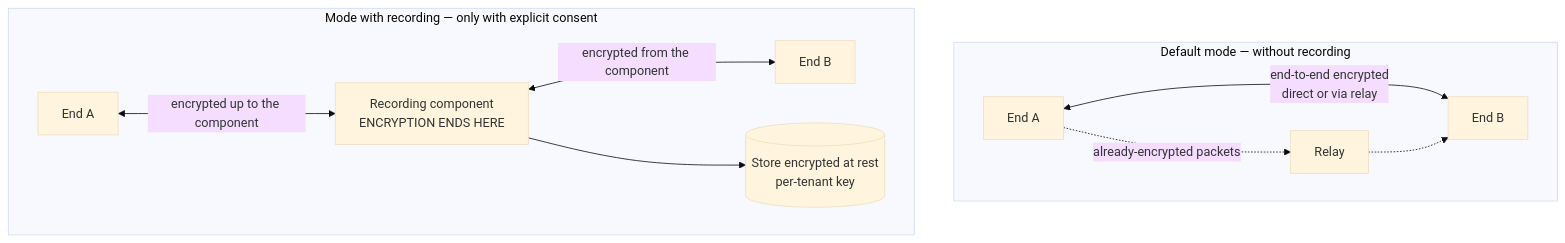
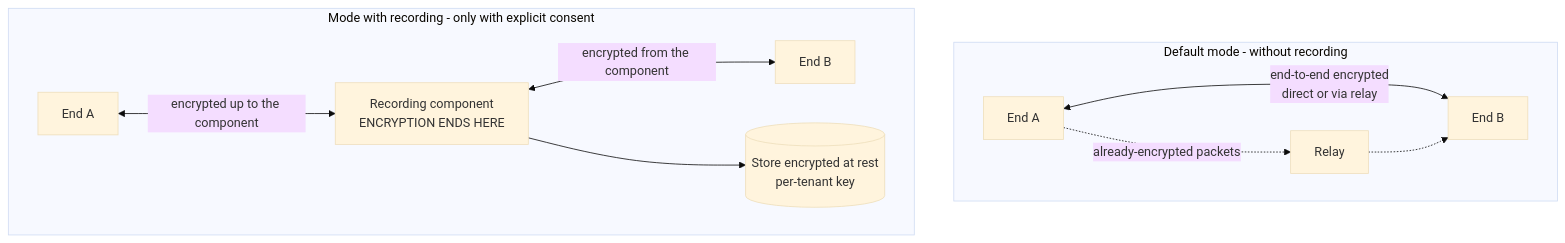
Before and after one commit to fedcal/Telemedic: the diagram in website/i18n/en/docusaurus-plugin-content-docs/current/06_security/05-sicurezza-del-tempo-reale.md, drawn with Mermaid (base theme). The commit also changed other lines of this file and 301 other files, not shown here.

````diff
--- a/website/i18n/en/docusaurus-plugin-content-docs/current/06_security/05-sicurezza-del-tempo-reale.md
+++ b/website/i18n/en/docusaurus-plugin-content-docs/current/06_security/05-sicurezza-del-tempo-reale.md
@@ -266,14 +266,14 @@
 ```mermaid
 flowchart TB
-    subgraph M1["Default mode — without recording"]
+    subgraph M1["Default mode - without recording"]
         A1["End A"] <-->|"end-to-end encrypted<br/>direct or via relay"| B1["End B"]
         R1["Relay"]
         A1 -.->|"already-encrypted packets"| R1
         R1 -.-> B1
     end
-    subgraph M2["Mode with recording — only with explicit consent"]
+    subgraph M2["Mode with recording - only with explicit consent"]
         A2["End A"] <-->|"encrypted up to the component"| C2["Recording component<br/>ENCRYPTION ENDS HERE"]
         C2 <-->|"encrypted from the component"| B2["End B"]
         C2 --> S2[("Store encrypted at rest<br/>per-tenant key")]
     end
 ```
````
